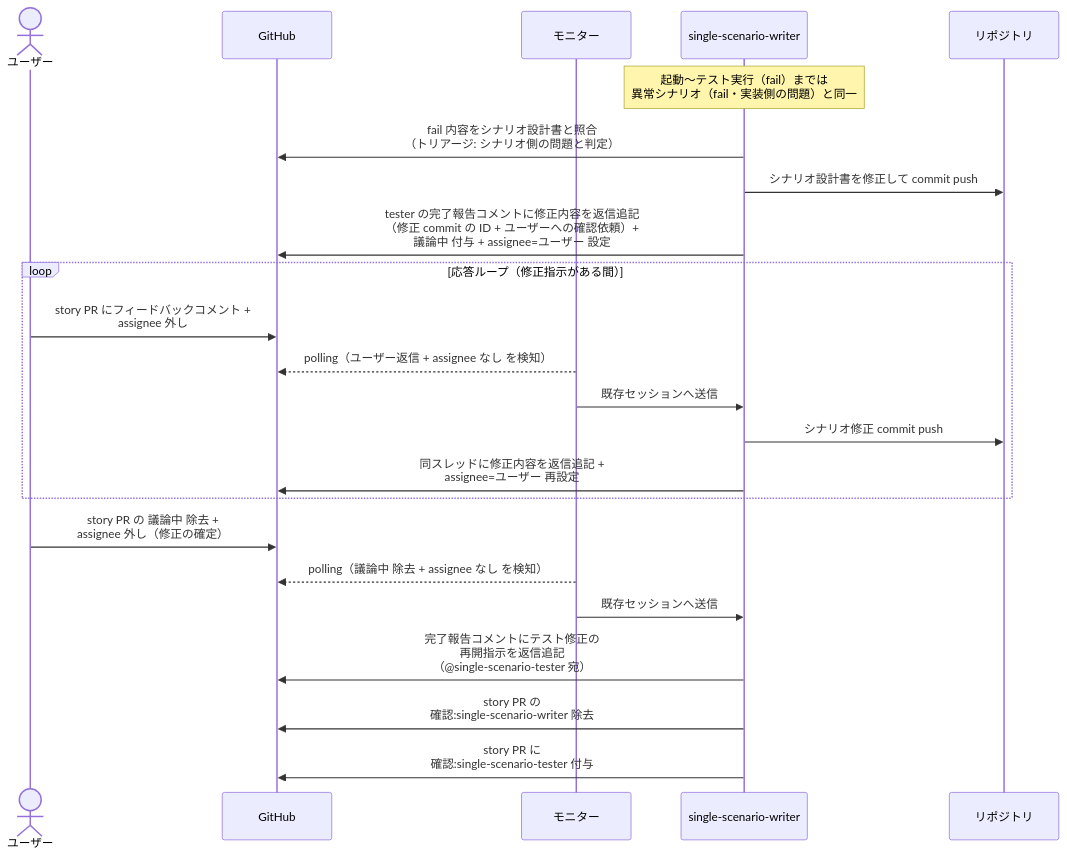
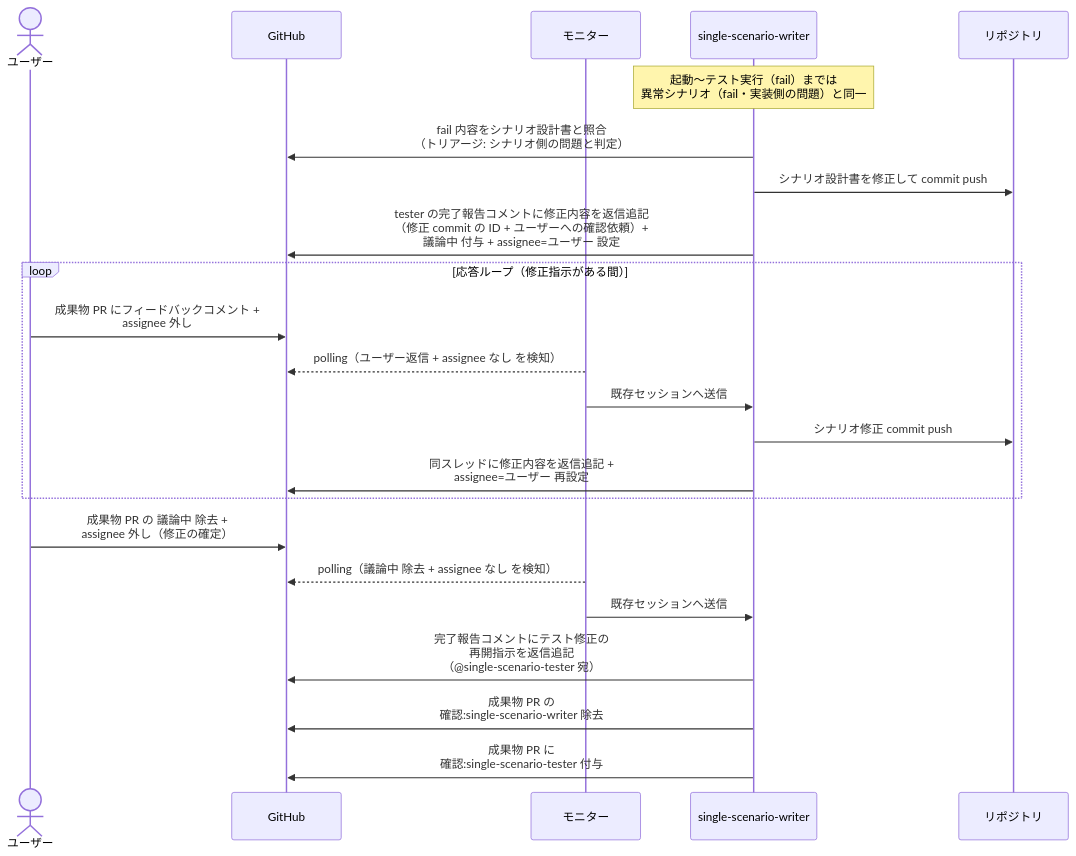
The fourth of 5 diagrams in docs/wiki/設計図/シナリオ/単一ユースケース/統合テストレビュー.md (shuhei1101/ai-monitor), drawn with Mermaid before and after one commit. The commit also changed other lines of this file and 103 other files, not shown here.

````diff
--- a/docs/wiki/設計図/シナリオ/単一ユースケース/統合テストレビュー.md
+++ b/docs/wiki/設計図/シナリオ/単一ユースケース/統合テストレビュー.md
@@ -149,28 +151,28 @@
 ```mermaid
 sequenceDiagram
   actor U as ユーザー
   participant GH as GitHub
   participant ORC as モニター
   participant MON as single-scenario-writer
   participant REPO as リポジトリ
 
   Note over MON: 起動〜テスト実行（fail）までは<br>異常シナリオ（fail・実装側の問題）と同一
   MON->>GH: fail 内容をシナリオ設計書と照合<br>（トリアージ: シナリオ側の問題と判定）
   MON->>REPO: シナリオ設計書を修正して commit push
   MON->>GH: tester の完了報告コメントに修正内容を返信追記<br>（修正 commit の ID + ユーザーへの確認依頼）+<br>議論中 付与 + assignee=ユーザー 設定
 
   loop 応答ループ（修正指示がある間）
-    U->>GH: story PR にフィードバックコメント +<br>assignee 外し
+    U->>GH: 成果物 PR にフィードバックコメント +<br>assignee 外し
     ORC-->>GH: polling（ユーザー返信 + assignee なし を検知）
     ORC->>MON: 既存セッションへ送信
     MON->>REPO: シナリオ修正 commit push
     MON->>GH: 同スレッドに修正内容を返信追記 +<br>assignee=ユーザー 再設定
   end
 
-  U->>GH: story PR の 議論中 除去 +<br>assignee 外し（修正の確定）
+  U->>GH: 成果物 PR の 議論中 除去 +<br>assignee 外し（修正の確定）
   ORC-->>GH: polling（議論中 除去 + assignee なし を検知）
   ORC->>MON: 既存セッションへ送信
   MON->>GH: 完了報告コメントにテスト修正の<br>再開指示を返信追記<br>（@single-scenario-tester 宛）
-  MON->>GH: story PR の<br>確認:single-scenario-writer 除去
-  MON->>GH: story PR に<br>確認:single-scenario-tester 付与
+  MON->>GH: 成果物 PR の<br>確認:single-scenario-writer 除去
+  MON->>GH: 成果物 PR に<br>確認:single-scenario-tester 付与
 ```
````
